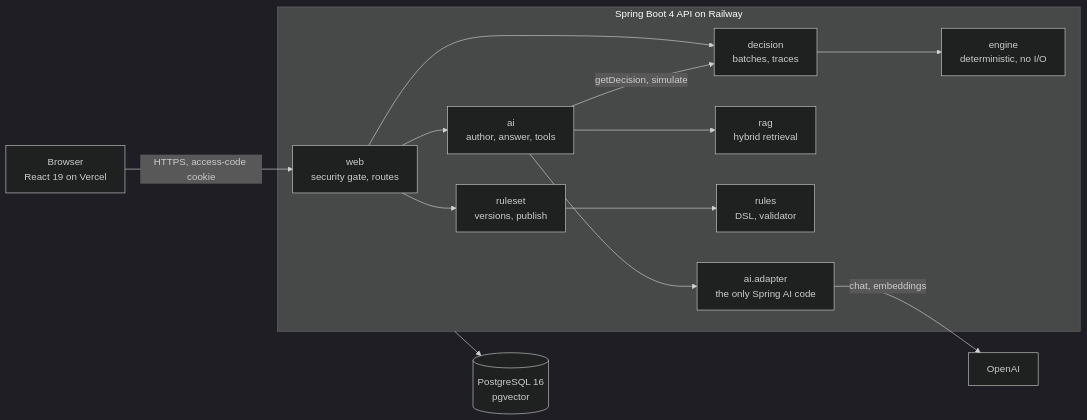
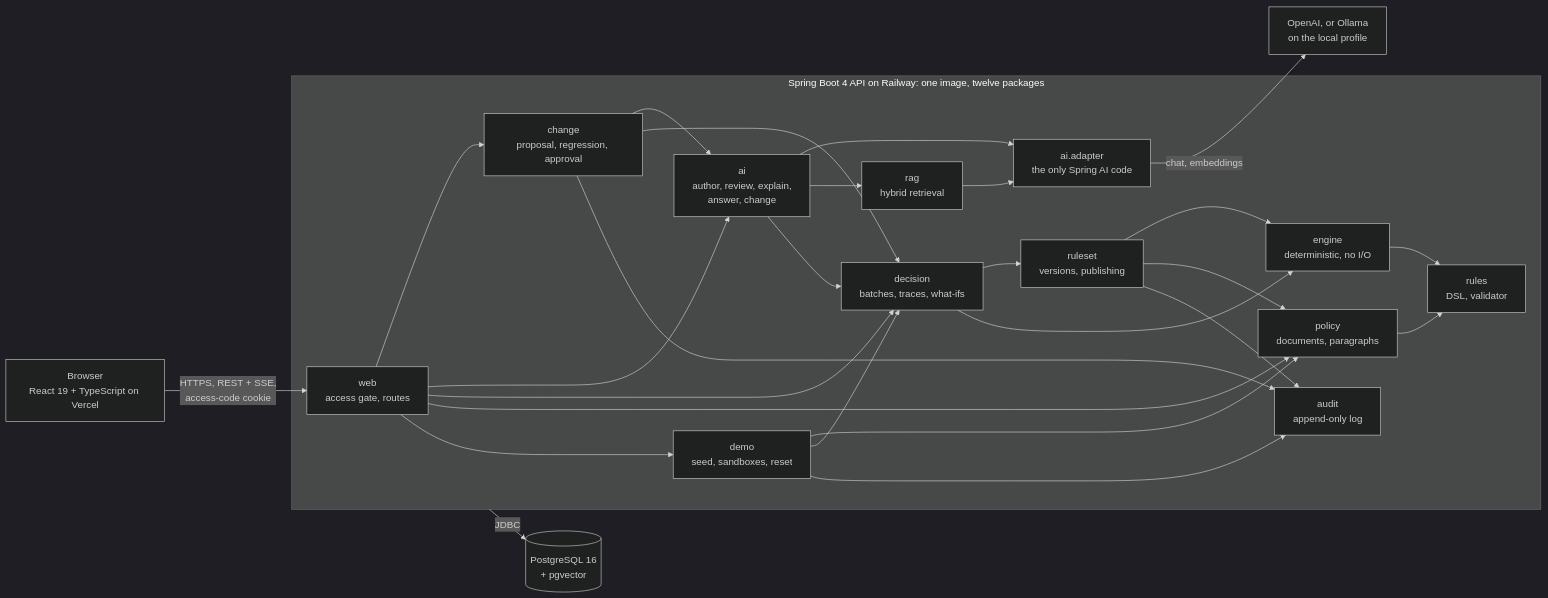
Before and after one commit to liorshaya/PolicyPilot: the diagram in README.md, drawn with Mermaid (dark theme). The commit also changed other lines of this file and 5 other files, not shown here.

````diff
--- a/README.md
+++ b/README.md
@@ -31,16 +35,31 @@
 ```mermaid
 flowchart LR
-    user["Browser<br/>React 19 on Vercel"] -->|"HTTPS, access-code cookie"| web
-    subgraph api["Spring Boot 4 API on Railway"]
-        web["web<br/>security gate, routes"] --> ai["ai<br/>author, answer, tools"]
-        web --> ruleset["ruleset<br/>versions, publish"]
-        web --> decision["decision<br/>batches, traces"]
+    browser["Browser<br/>React 19 + TypeScript on Vercel"] -->|"HTTPS, REST + SSE,<br/>access-code cookie"| web
+    subgraph api["Spring Boot 4 API on Railway: one image, twelve packages"]
+        web["web<br/>access gate, routes"]
+        web --> change["change<br/>proposal, regression, approval"]
+        web --> ai["ai<br/>author, review, explain,<br/>answer, change"]
+        web --> decision["decision<br/>batches, traces, what-ifs"]
+        web --> policy["policy<br/>documents, paragraphs"]
+        web --> demo["demo<br/>seed, sandboxes, reset"]
+        change --> ai
+        change --> decision
+        change --> audit["audit<br/>append-only log"]
+        demo --> policy
+        demo --> decision
+        demo --> audit
+        ai --> adapter["ai.adapter<br/>the only Spring AI code"]
         ai --> rag["rag<br/>hybrid retrieval"]
-        ai -->|"getDecision, simulate"| decision
+        rag --> adapter
+        ai --> decision
+        decision --> ruleset["ruleset<br/>versions, publishing"]
+        ruleset --> engine
+        ruleset --> policy
+        ruleset --> audit
         decision --> engine["engine<br/>deterministic, no I/O"]
-        ruleset --> rules["rules<br/>DSL, validator"]
-        ai --> adapter["ai.adapter<br/>the only Spring AI code"]
+        engine --> rules["rules<br/>DSL, validator"]
+        policy --> rules
     end
-    adapter -->|"chat, embeddings"| openai["OpenAI"]
-    api --> db[("PostgreSQL 16<br/>pgvector")]
+    adapter -->|"chat, embeddings"| provider["OpenAI, or Ollama<br/>on the local profile"]
+    api -->|JDBC| db[("PostgreSQL 16<br/>+ pgvector")]
 ```
````
